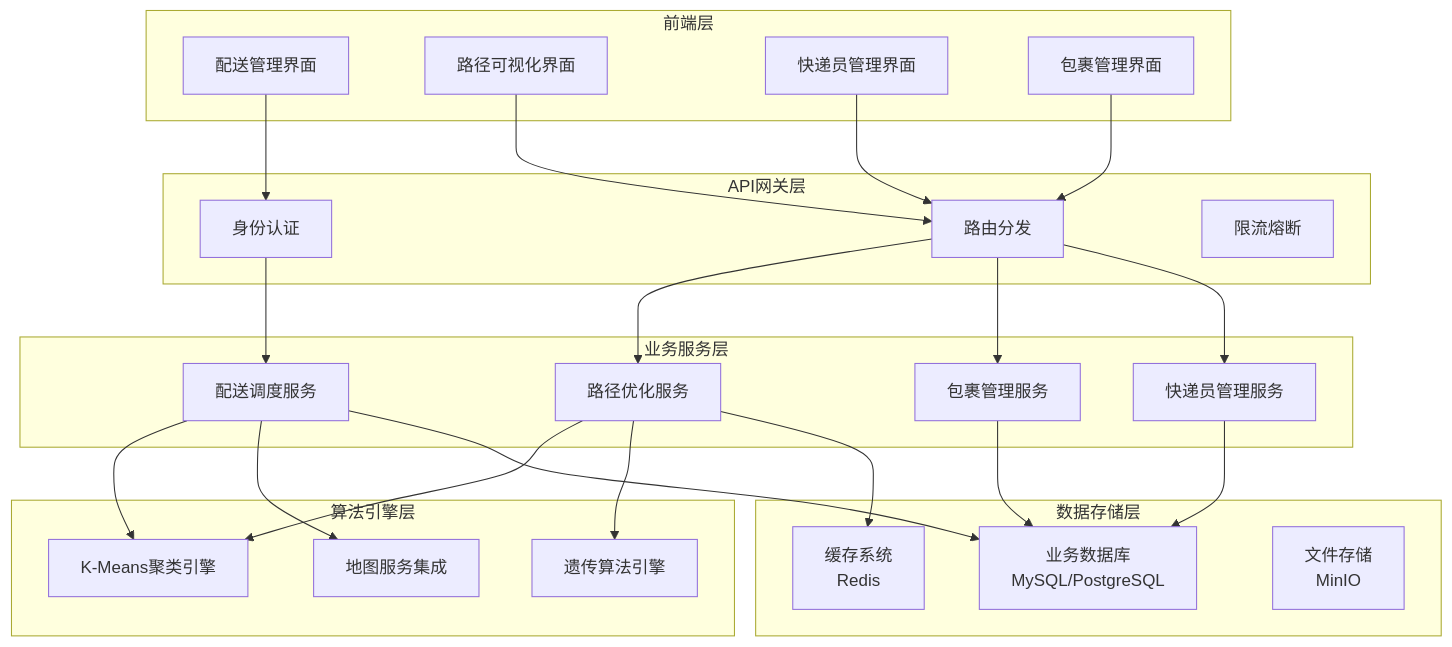
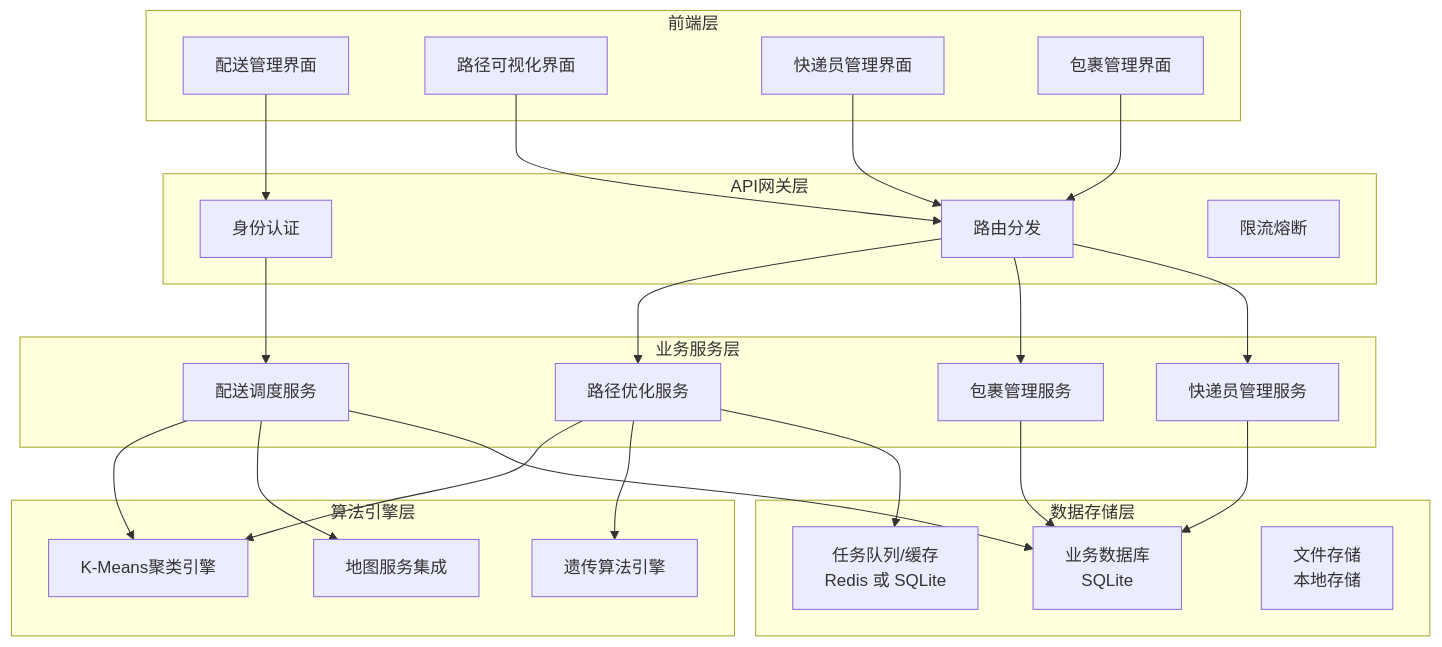
The third of 7 diagrams in docs/快递末端配送系统设计文档.md (wskeei/OptiRoute-LastMile), drawn with Mermaid before and after one commit. The commit also changed other lines of this file and 1 other file, not shown here.

````diff
--- a/docs/快递末端配送系统设计文档.md
+++ b/docs/快递末端配送系统设计文档.md
@@ -346,54 +346,54 @@
 ```mermaid
 graph TB
     subgraph "前端层"
         A1[配送管理界面]
         A2[路径可视化界面]
         A3[快递员管理界面]
         A4[包裹管理界面]
     end
 
     subgraph "API网关层"
         B1[身份认证]
         B2[路由分发]
         B3[限流熔断]
     end
 
     subgraph "业务服务层"
         C1[配送调度服务]
         C2[路径优化服务]
         C3[包裹管理服务]
         C4[快递员管理服务]
     end
 
     subgraph "算法引擎层"
         D1[K-Means聚类引擎]
         D2[遗传算法引擎]
         D3[地图服务集成]
     end
 
     subgraph "数据存储层"
-        E1[业务数据库<br/>MySQL/PostgreSQL]
-        E2[缓存系统<br/>Redis]
-        E3[文件存储<br/>MinIO]
+        E1[业务数据库<br/>SQLite]
+        E2[任务队列/缓存<br/>Redis 或 SQLite]
+        E3[文件存储<br/>本地存储]
     end
 
     A1 --> B1
     A2 --> B2
     A3 --> B2
     A4 --> B2
 
     B1 --> C1
     B2 --> C2
     B2 --> C3
     B2 --> C4
 
     C1 --> D1
     C2 --> D1
     C2 --> D2
     C1 --> D3
 
     C1 --> E1
     C2 --> E2
     C3 --> E1
     C4 --> E1
 ```
````
